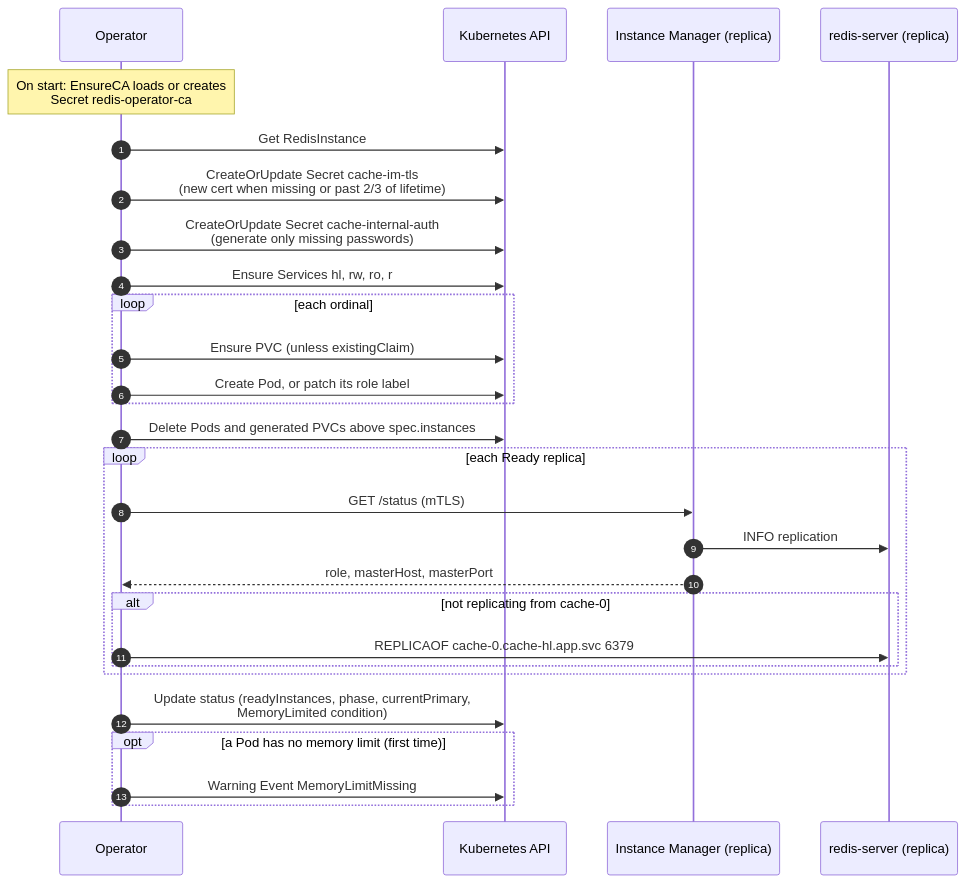
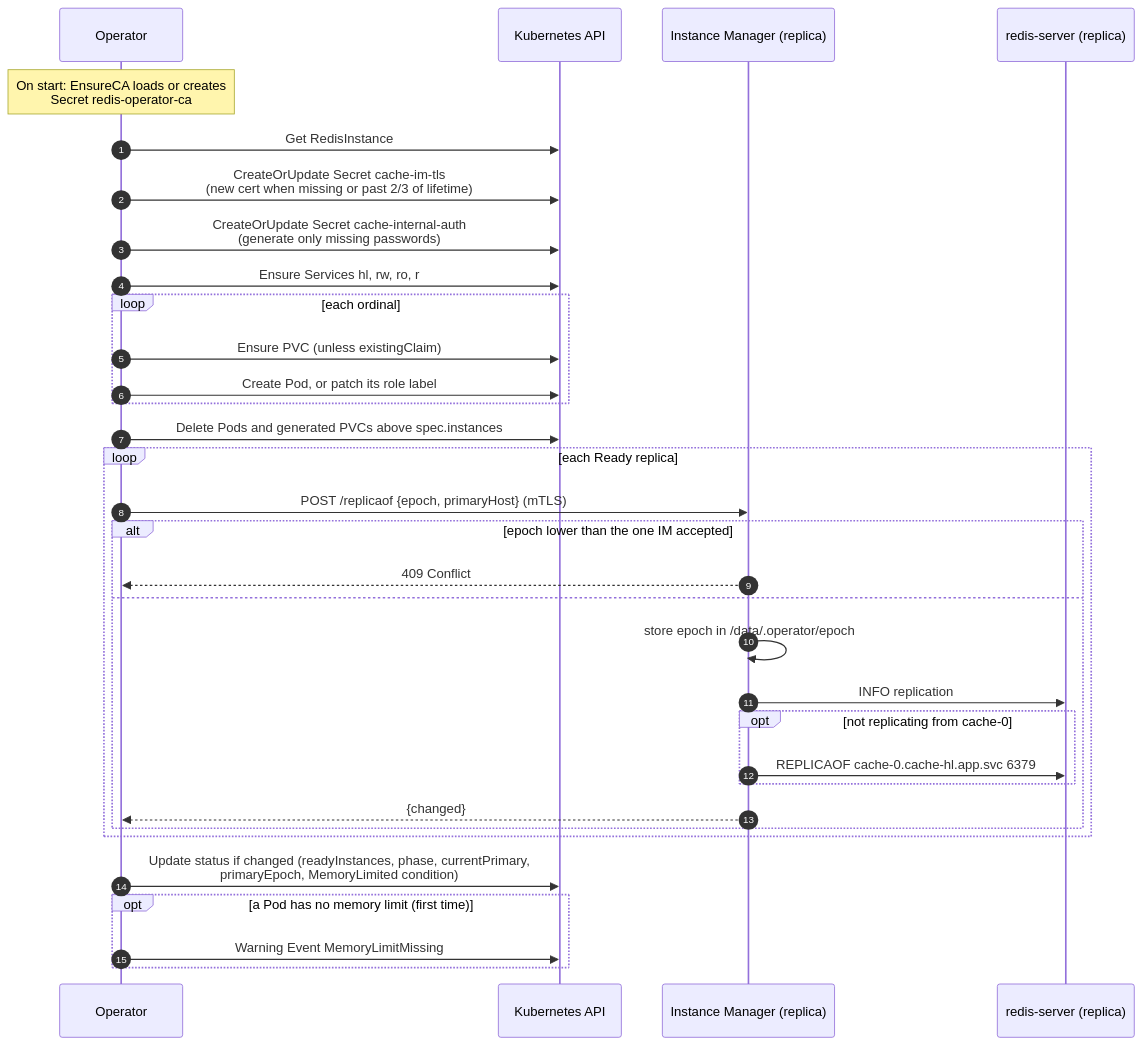
Before and after one commit to MrPickle311/redis-operator: the fifth of 5 diagrams in docs/architecture.md, drawn with Mermaid. The commit also changed other lines of this file and 18 other files, not shown here.

First line of the commit message:
Replace direct Redis connection with `POST /replicaof` via Instance Manager

````diff
--- a/docs/architecture.md
+++ b/docs/architecture.md
@@ -201,31 +220,36 @@
 ```mermaid
 sequenceDiagram
     autonumber
     participant OP as Operator
     participant API as Kubernetes API
     participant IM as Instance Manager (replica)
     participant RS as redis-server (replica)
 
     Note over OP: On start: EnsureCA loads or creates<br/>Secret redis-operator-ca
     OP->>API: Get RedisInstance
     OP->>API: CreateOrUpdate Secret cache-im-tls<br/>(new cert when missing or past 2/3 of lifetime)
     OP->>API: CreateOrUpdate Secret cache-internal-auth<br/>(generate only missing passwords)
     OP->>API: Ensure Services hl, rw, ro, r
     loop each ordinal
         OP->>API: Ensure PVC (unless existingClaim)
         OP->>API: Create Pod, or patch its role label
     end
     OP->>API: Delete Pods and generated PVCs above spec.instances
     loop each Ready replica
-        OP->>IM: GET /status (mTLS)
-        IM->>RS: INFO replication
-        IM-->>OP: role, masterHost, masterPort
-        alt not replicating from cache-0
-            OP->>RS: REPLICAOF cache-0.cache-hl.app.svc 6379
+        OP->>IM: POST /replicaof {epoch, primaryHost} (mTLS)
+        alt epoch lower than the one IM accepted
+            IM-->>OP: 409 Conflict
+        else
+            IM->>IM: store epoch in /data/.operator/epoch
+            IM->>RS: INFO replication
+            opt not replicating from cache-0
+                IM->>RS: REPLICAOF cache-0.cache-hl.app.svc 6379
+            end
+            IM-->>OP: {changed}
         end
     end
-    OP->>API: Update status (readyInstances, phase, currentPrimary,<br/>MemoryLimited condition)
+    OP->>API: Update status if changed (readyInstances, phase, currentPrimary,<br/>primaryEpoch, MemoryLimited condition)
     opt a Pod has no memory limit (first time)
         OP->>API: Warning Event MemoryLimitMissing
     end
 ```
````
